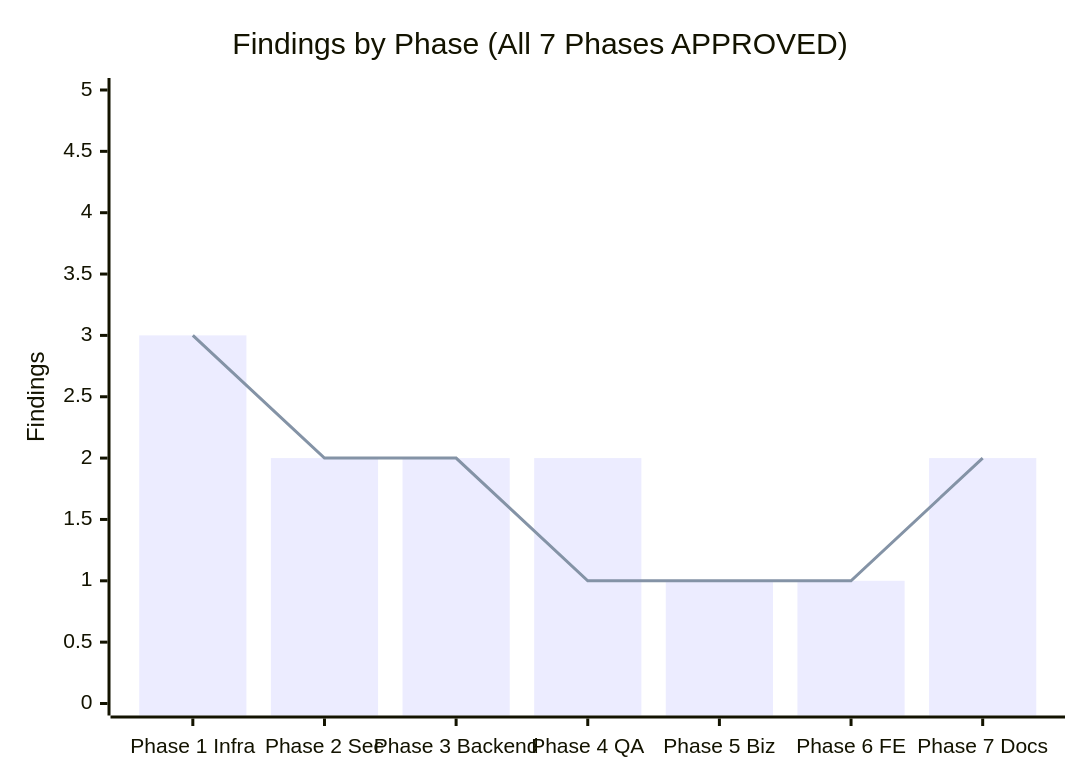
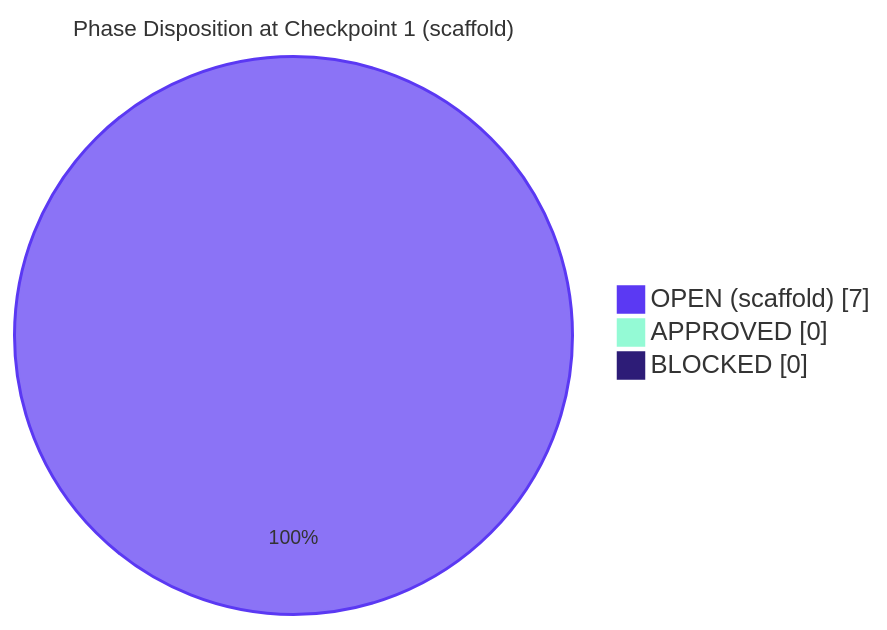
Before and after one commit to Blitzy-Sandbox/blitzy-odoo: the eighth of 9 diagrams in PROJECT_GUIDE.md, drawn with Mermaid. The commit also changed other lines of this file and 1 other file, not shown here.

````diff
--- a/PROJECT_GUIDE.md
+++ b/PROJECT_GUIDE.md
@@ -447,9 +440,7 @@
 ```mermaid
-%%{init: {'theme':'base','themeVariables':{'primaryColor':'#F2F0FE','primaryTextColor':'#333333','primaryBorderColor':'#5B39F3','lineColor':'#999999','secondaryColor':'#F4EFF6','xyChart':{'backgroundColor':'#FFFFFF','titleColor':'#333333','xAxisLabelColor':'#333333','yAxisLabelColor':'#333333','plotColorPalette':'#5B39F3, #94FAD5'}}}%%
-xychart-beta
-    title "Findings by Phase (All 7 Phases APPROVED)"
-    x-axis ["Phase 1 Infra", "Phase 2 Sec", "Phase 3 Backend", "Phase 4 QA", "Phase 5 Biz", "Phase 6 FE", "Phase 7 Docs"]
-    y-axis "Findings" 0 --> 5
-    bar [3, 2, 2, 2, 1, 1, 2]
-    line [3, 2, 2, 1, 1, 1, 2]
+%%{init: {'theme':'base','themeVariables':{'primaryColor':'#F2F0FE','primaryTextColor':'#333333','primaryBorderColor':'#5B39F3','lineColor':'#999999','secondaryColor':'#F4EFF6','pie1':'#5B39F3','pie2':'#94FAD5','pie3':'#2D1C77','pieStrokeColor':'#5B39F3','pieOuterStrokeColor':'#5B39F3','pieTitleTextSize':'15px','pieSectionTextSize':'13px','pieLegendTextColor':'#333333'}}}%%
+pie showData title Phase Disposition at Checkpoint 1 (scaffold)
+    "OPEN (scaffold)" : 7
+    "APPROVED" : 0
+    "BLOCKED" : 0
 ```
````
